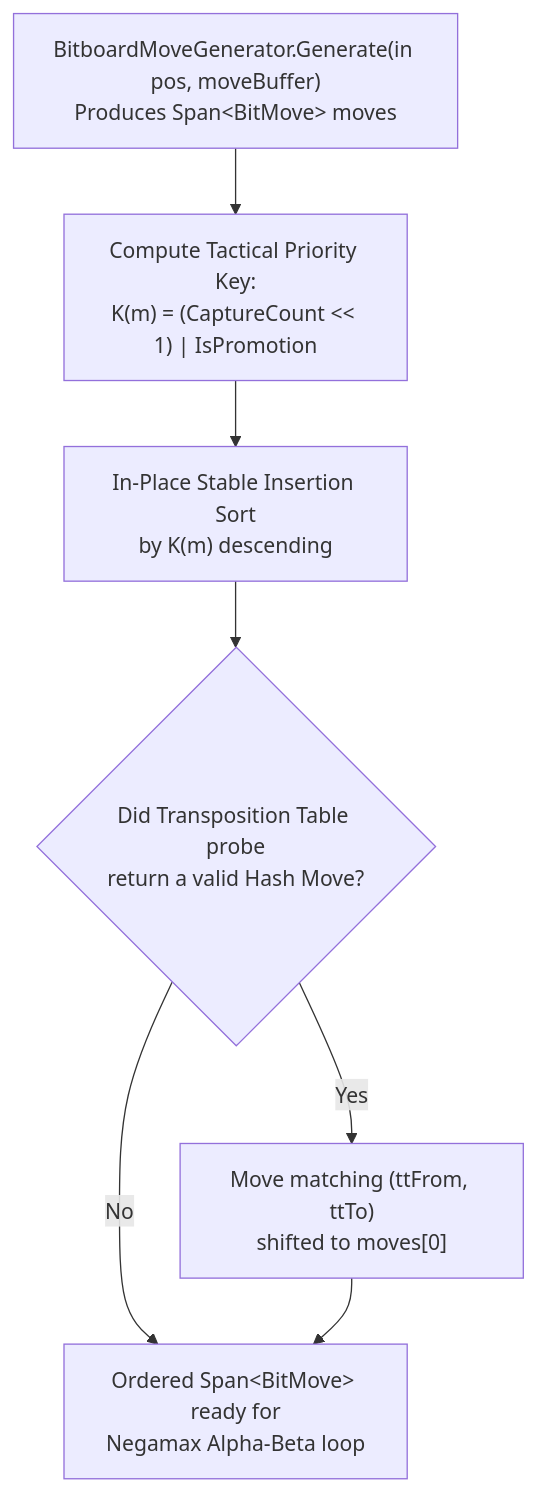
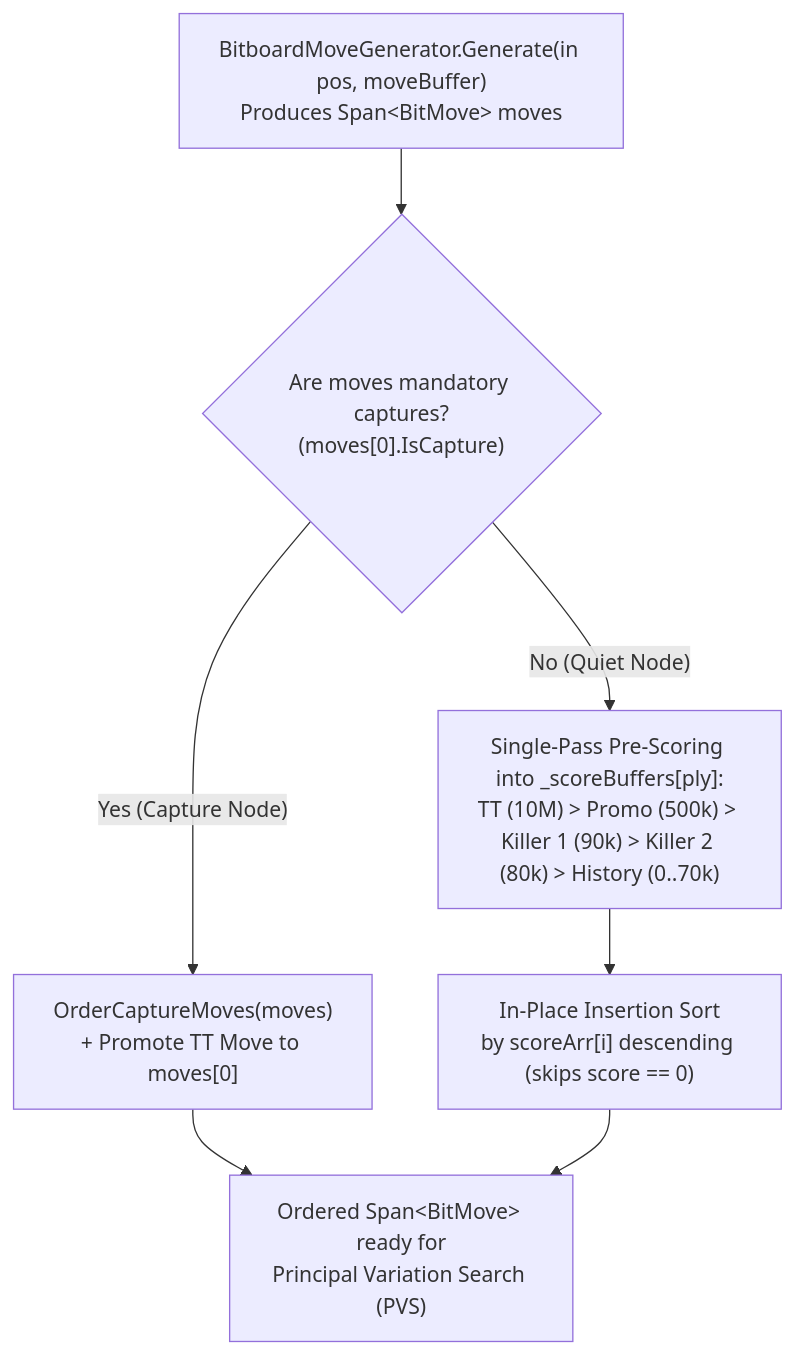
One commit to cjp-dev/Checkers changed the diagram in docs/brain/06-move-ordering.md. Above: the diagram before and after it, drawn with Mermaid. The commit also changed other lines of this file and 7 other files, not shown here.

````diff
--- a/docs/brain/06-move-ordering.md
+++ b/docs/brain/06-move-ordering.md
@@ -21,9 +21,9 @@
 ```mermaid
 flowchart TD
-    Gen["BitboardMoveGenerator.Generate(in pos, moveBuffer)<br/>Produces Span&lt;BitMove&gt; moves"] --> Key["Compute Tactical Priority Key:<br/>K(m) = (CaptureCount &lt;&lt; 1) | IsPromotion"]
-    Key --> Sort["In-Place Stable Insertion Sort<br/>by K(m) descending"]
-    Sort --> TTCheck{"Did Transposition Table probe<br/>return a valid Hash Move?"}
-    TTCheck -- "Yes" --> PromoteTT["Move matching (ttFrom, ttTo)<br/>shifted to moves[0]"]
-    TTCheck -- "No" --> Ready["Ordered Span&lt;BitMove&gt; ready for<br/>Negamax Alpha-Beta loop"]
-    PromoteTT --> Ready
+    Gen["BitboardMoveGenerator.Generate(in pos, moveBuffer)<br/>Produces Span&lt;BitMove&gt; moves"] --> CapCheck{"Are moves mandatory captures?<br/>(moves[0].IsCapture)"}
+    CapCheck -- "Yes (Capture Node)" --> CapSort["OrderCaptureMoves(moves)<br/>+ Promote TT Move to moves[0]"]
+    CapCheck -- "No (Quiet Node)" --> ScorePass["Single-Pass Pre-Scoring into _scoreBuffers[ply]:<br/>TT (10M) > Promo (500k) > Killer 1 (90k) > Killer 2 (80k) > History (0..70k)"]
+    ScorePass --> Sort["In-Place Insertion Sort<br/>by scoreArr[i] descending (skips score == 0)"]
+    CapSort --> Ready["Ordered Span&lt;BitMove&gt; ready for<br/>Principal Variation Search (PVS)"]
+    Sort --> Ready
 ```
````
